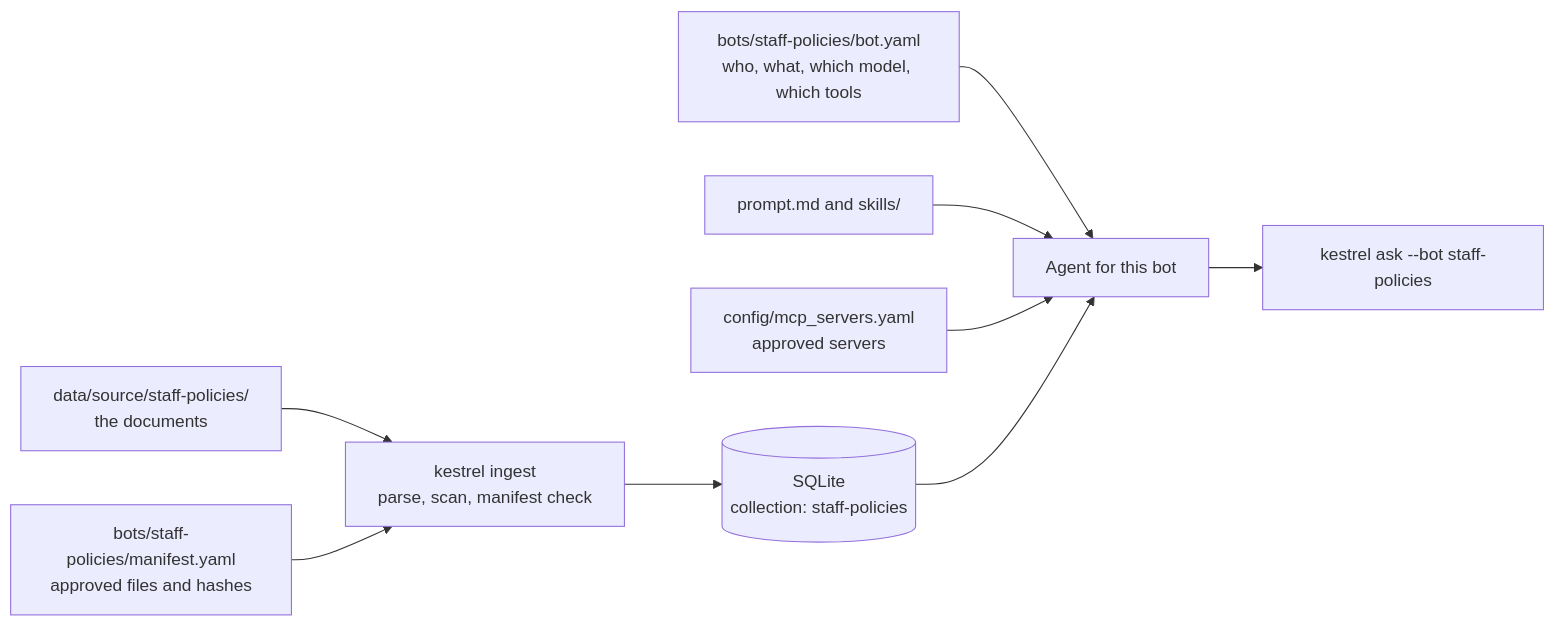
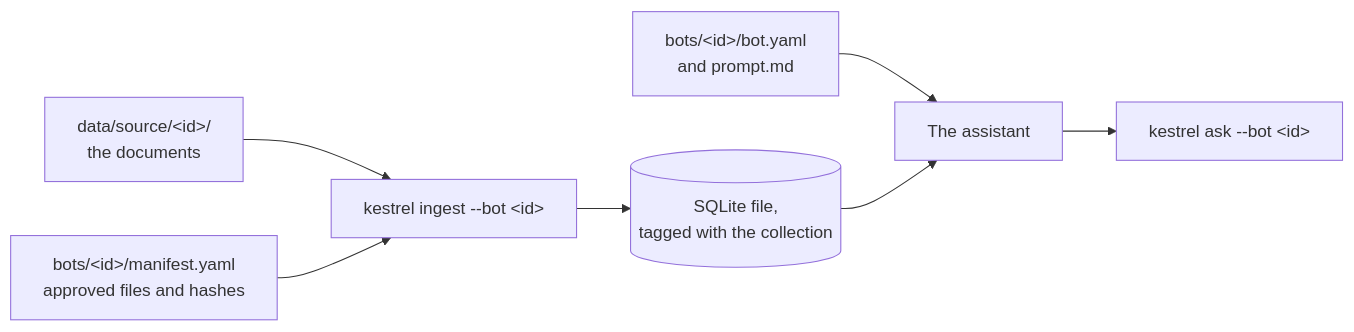
The diagram in docs/ADDING_A_BOT.md (Treasure1201/kestrel), drawn with Mermaid before and after one commit. The commit also changed other lines of this file and 1 other file, not shown here.

First line of the commit message:
docs: final pass on the architecture document and the assistant guide

````diff
--- a/docs/ADDING_A_BOT.md
+++ b/docs/ADDING_A_BOT.md
@@ -5,11 +5,9 @@
 ```mermaid
 flowchart LR
-    D["data/source/staff-policies/<br/>the documents"] --> I["kestrel ingest<br/>parse, scan, manifest check"]
-    M["bots/staff-policies/manifest.yaml<br/>approved files and hashes"] --> I
-    I --> DB[("SQLite<br/>collection: staff-policies")]
-    Y["bots/staff-policies/bot.yaml<br/>who, what, which model, which tools"] --> A["Agent for this bot"]
-    P["prompt.md and skills/"] --> A
-    C["config/mcp_servers.yaml<br/>approved servers"] --> A
+    D["data/source/&lt;id&gt;/<br/>the documents"] --> I["kestrel ingest --bot &lt;id&gt;"]
+    M["bots/&lt;id&gt;/manifest.yaml<br/>approved files and hashes"] --> I
+    I --> DB[("SQLite file,<br/>tagged with the collection")]
+    Y["bots/&lt;id&gt;/bot.yaml<br/>and prompt.md"] --> A["The assistant"]
     DB --> A
-    A --> Q["kestrel ask --bot staff-policies"]
+    A --> Q["kestrel ask --bot &lt;id&gt;"]
 ```
````
